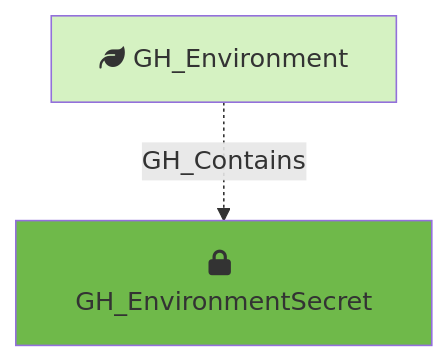
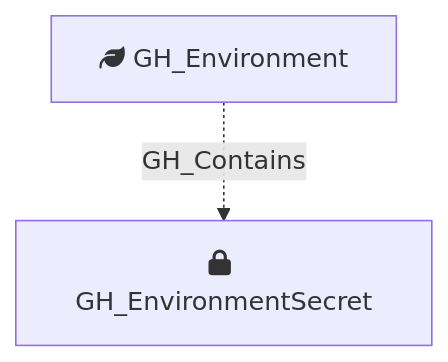
One commit to SpecterOps/GitHound changed the diagram in Documentation/NodeDescriptions/GH_EnvironmentSecret.md. Above: the diagram before and after it, drawn with Mermaid. The commit also changed 23 other files, not shown here.

Commit message:
rm mermaid box colors

````diff
--- a/Documentation/NodeDescriptions/GH_EnvironmentSecret.md
+++ b/Documentation/NodeDescriptions/GH_EnvironmentSecret.md
@@ -35,10 +35,8 @@
 ```mermaid
 flowchart TD
     GH_Environment[fa:fa-leaf GH_Environment]
     GH_EnvironmentSecret[fa:fa-lock GH_EnvironmentSecret]
 
-    style GH_Environment fill:#D5F2C2
-    style GH_EnvironmentSecret fill:#6FB94A
 
     GH_Environment -.->|GH_Contains| GH_EnvironmentSecret
 ```
````
